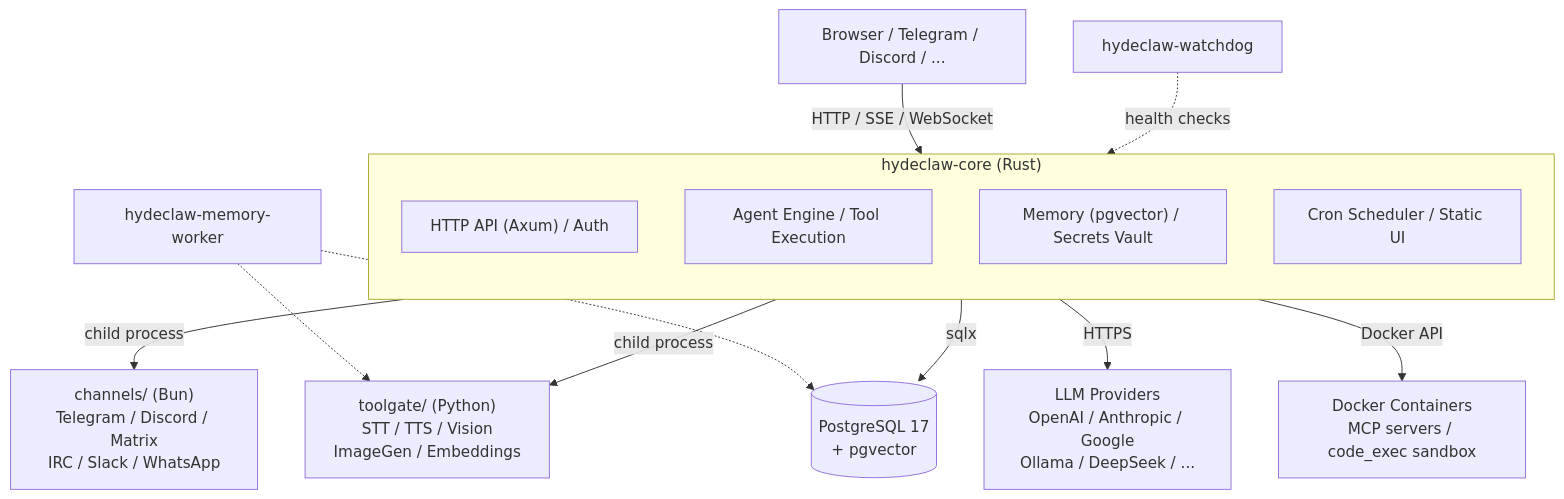
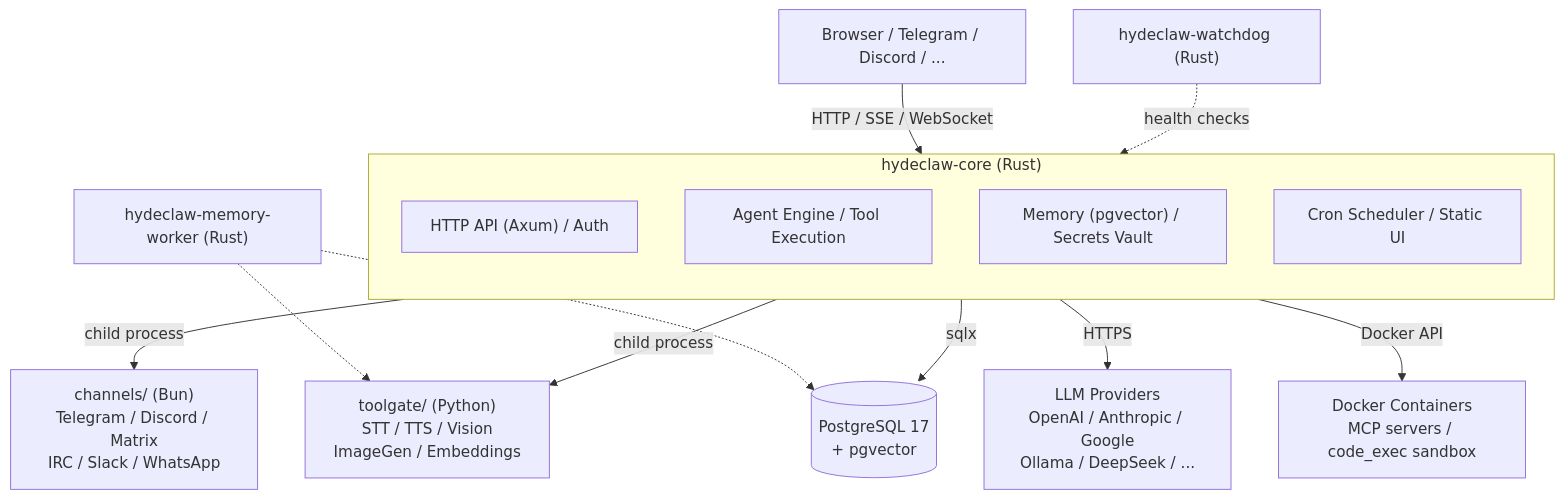
Before and after one commit to AronMav/hydeclaw: the diagram in README.md, drawn with Mermaid. The commit also changed other lines of this file, not shown here.

````diff
--- a/README.md
+++ b/README.md
@@ -113,23 +115,23 @@
 ```mermaid
 graph TD
     clients["Browser / Telegram / Discord / ..."]
     clients -->|"HTTP / SSE / WebSocket"| core
 
     subgraph core["hydeclaw-core (Rust)"]
         direction TB
         api["HTTP API (Axum) / Auth"]
         engine["Agent Engine / Tool Execution"]
         memory["Memory (pgvector) / Secrets Vault"]
         scheduler["Cron Scheduler / Static UI"]
     end
 
     core -->|"child process"| channels["channels/ (Bun)\nTelegram / Discord / Matrix\nIRC / Slack / WhatsApp"]
     core -->|"child process"| toolgate["toolgate/ (Python)\nSTT / TTS / Vision\nImageGen / Embeddings"]
     core -->|"sqlx"| pg[("PostgreSQL 17\n+ pgvector")]
     core -->|"HTTPS"| llm["LLM Providers\nOpenAI / Anthropic / Google\nOllama / DeepSeek / ..."]
     core -->|"Docker API"| containers["Docker Containers\nMCP servers / code_exec sandbox"]
 
-    watchdog["hydeclaw-watchdog"] -.->|"health checks"| core
-    worker["hydeclaw-memory-worker"] -.-> pg
+    watchdog["hydeclaw-watchdog (Rust)"] -.->|"health checks"| core
+    worker["hydeclaw-memory-worker (Rust)"] -.-> pg
     worker -.-> toolgate
 ```
````
